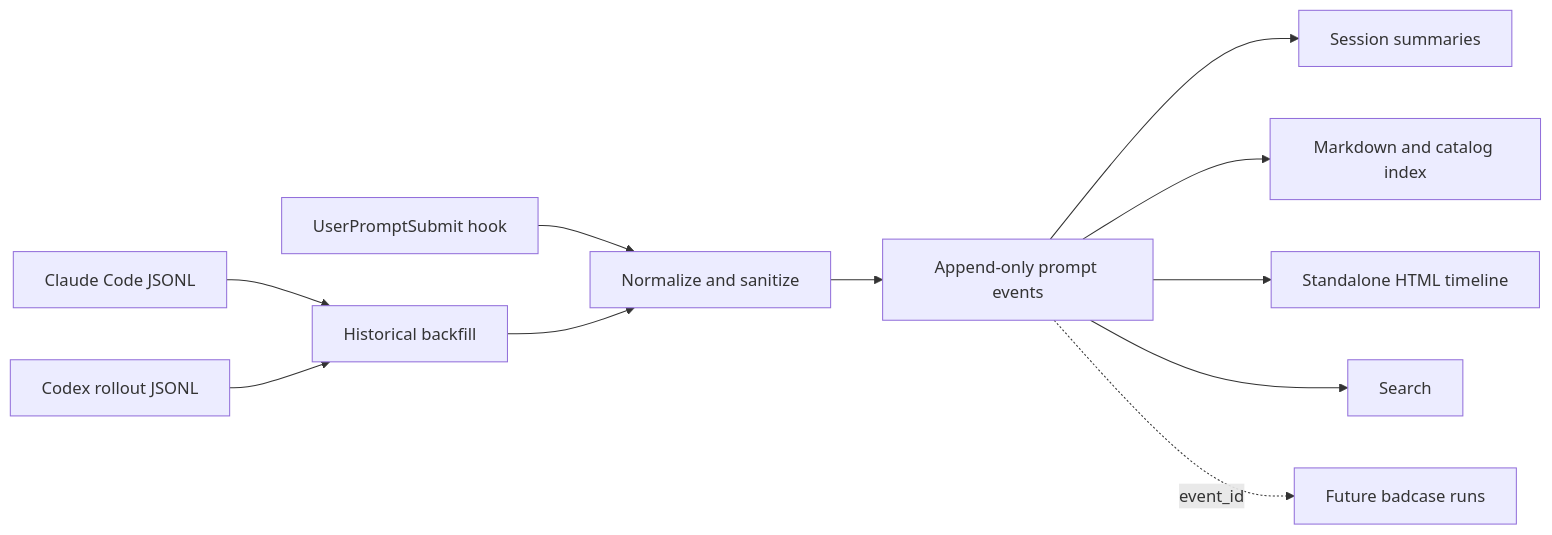
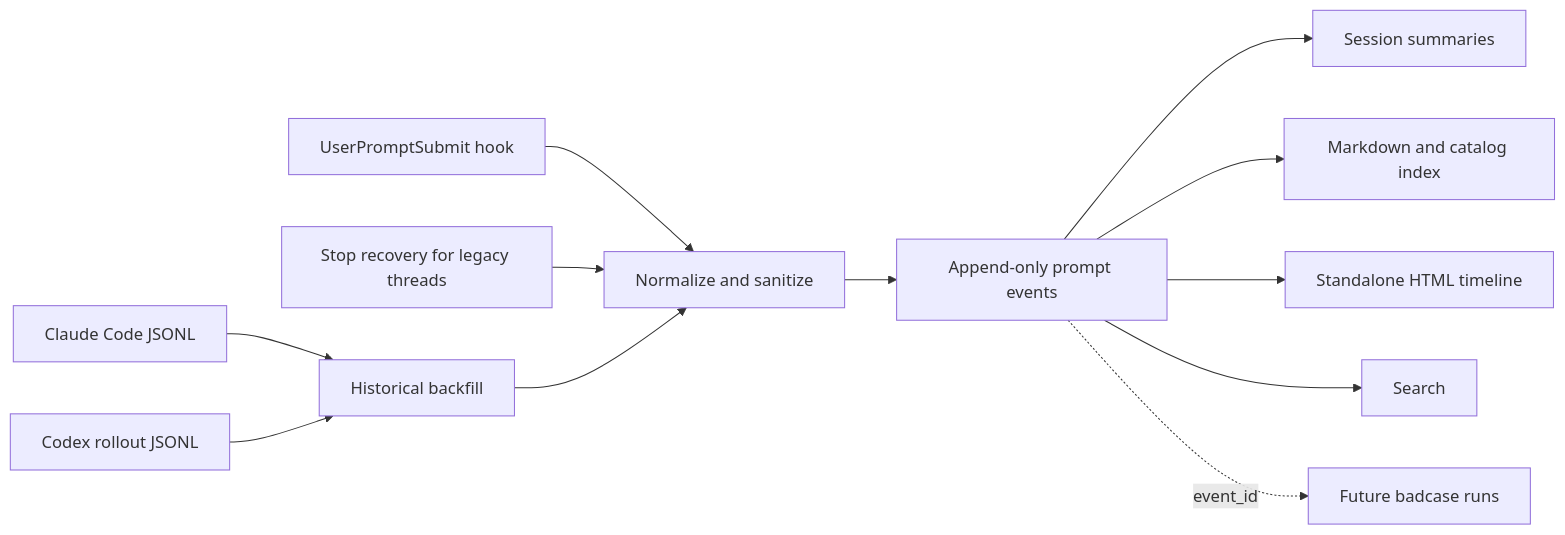
The diagram in references/architecture.md (24kchengYe/prompt-harness), drawn with Mermaid before and after one commit. The commit also changed other lines of this file and 8 other files, not shown here.

````diff
--- a/references/architecture.md
+++ b/references/architecture.md
@@ -3,13 +3,14 @@
 ```mermaid
 flowchart LR
   H["UserPromptSubmit hook"] --> N["Normalize and sanitize"]
+  T["Stop recovery for legacy threads"] --> N
   C["Claude Code JSONL"] --> B["Historical backfill"]
   X["Codex rollout JSONL"] --> B
   B --> N
   N --> E["Append-only prompt events"]
   E --> S["Session summaries"]
   E --> I["Markdown and catalog index"]
   E --> V["Standalone HTML timeline"]
   E --> Q["Search"]
   E -. event_id .-> R["Future badcase runs"]
 ```
````
